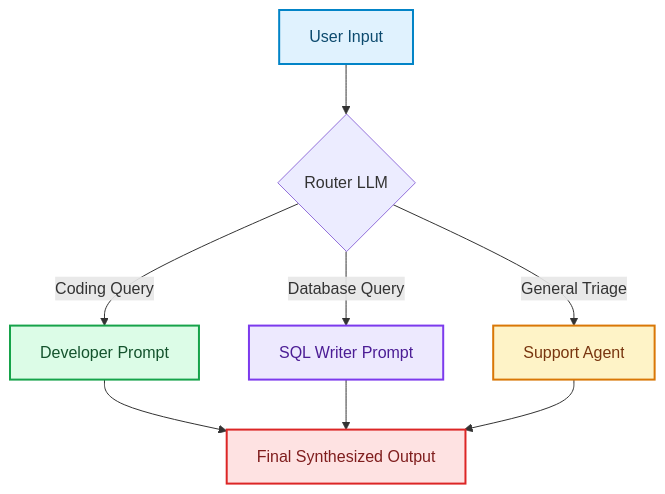
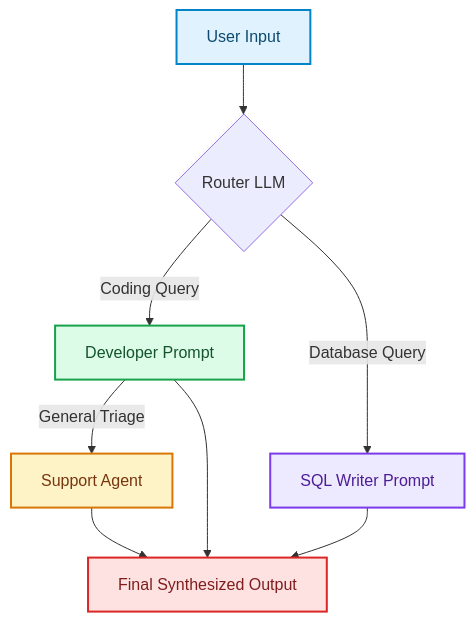
Before and after one commit to akmalkhaniub/akmalkhaniub.github.io: the third of 8 diagrams in blog/posts/agentic-ai-architectures.md, drawn with Mermaid. The commit also changed other lines of this file and 894 other files, not shown here.

Commit message:
feat(blog): upgrade all 444 posts with unique staggered dates, 2-col Mermaid spines, benchmark tables, code blocks, and trade-offs

````diff
--- a/blog/posts/agentic-ai-architectures.md
+++ b/blog/posts/agentic-ai-architectures.md
@@ -86,22 +86,22 @@
 ```mermaid
 flowchart TD
     Input["User Input"] --> Router{Router LLM}
     Router -->|Coding Query| Dev["Developer Prompt"]
     Router -->|Database Query| DB["SQL Writer Prompt"]
-    Router -->|General Triage| General["Support Agent"]
+    Dev --> |General Triage| General["Support Agent"]
     
     Dev --> Output["Final Synthesized Output"]
     DB --> Output
     General --> Output
 
 classDef green fill:#dcfce7,stroke:#16a34a,stroke-width:2px,color:#14532d;
 classDef red fill:#fee2e2,stroke:#dc2626,stroke-width:2px,color:#7f1d1d;
 classDef blue fill:#e0f2fe,stroke:#0284c7,stroke-width:2px,color:#0c4a6e;
 classDef yellow fill:#fef3c7,stroke:#d97706,stroke-width:2px,color:#78350f;
 classDef purple fill:#ede9fe,stroke:#7c3aed,stroke-width:2px,color:#4c1d95;
 class Input blue
 class Dev green
 class DB purple
 class General yellow
 class Output red
 ```
````
